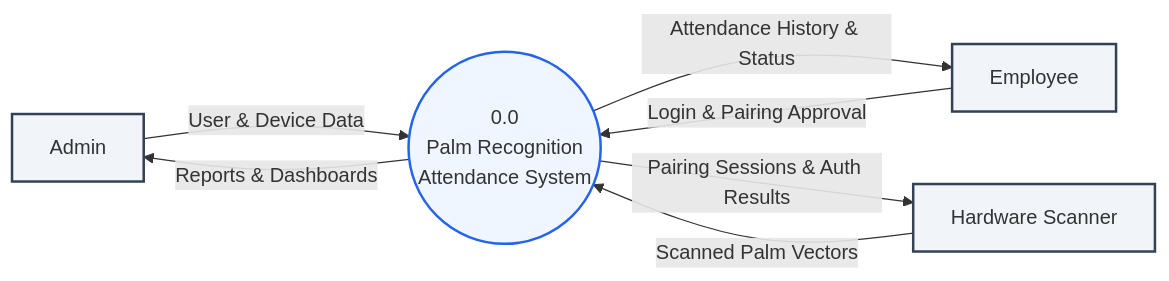
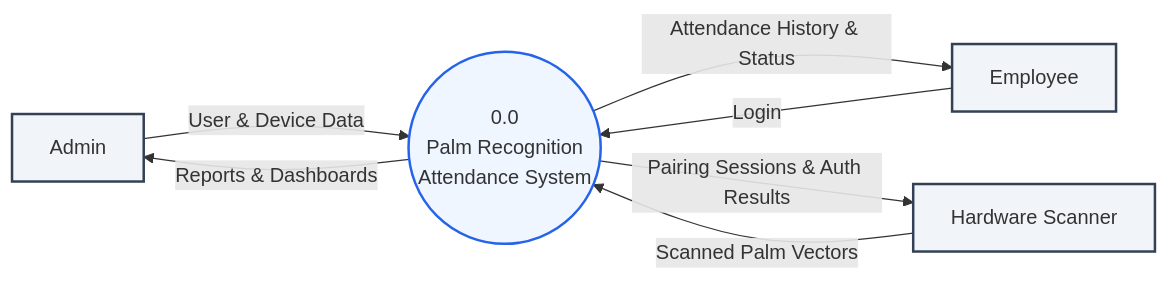
One commit to Touy2004/palm-back-end changed the fourth of 13 diagrams in USER_MANUAL.md. Above: the diagram before and after it, drawn with Mermaid. The commit also changed other lines of this file and 10 other files, not shown here.

Commit message:
feat: change pairing approval to admin-only using employee_code and update all docs

````diff
--- a/USER_MANUAL.md
+++ b/USER_MANUAL.md
@@ -265,26 +265,26 @@
 ```mermaid
 flowchart LR
     %% External Entities
     Admin[Admin]:::entity
     Employee[Employee]:::entity
     Device[Hardware Scanner]:::entity
 
     %% Central System
     System((0.0<br/>Palm Recognition<br/>Attendance System)):::process
 
     %% Flows - Admin
     Admin -- "User & Device Data" --> System
     System -- "Reports & Dashboards" --> Admin
 
     %% Flows - Employee
-    Employee -- "Login & Pairing Approval" --> System
+    Employee -- "Login" --> System
     System -- "Attendance History & Status" --> Employee
 
     %% Flows - Device
     Device -- "Scanned Palm Vectors" --> System
     System -- "Pairing Sessions & Auth Results" --> Device
 
     %% Styling
     classDef entity fill:#f1f5f9,stroke:#334155,stroke-width:2px,shape:rect
     classDef process fill:#eff6ff,stroke:#2563eb,stroke-width:2px,shape:circle
 ```
````
